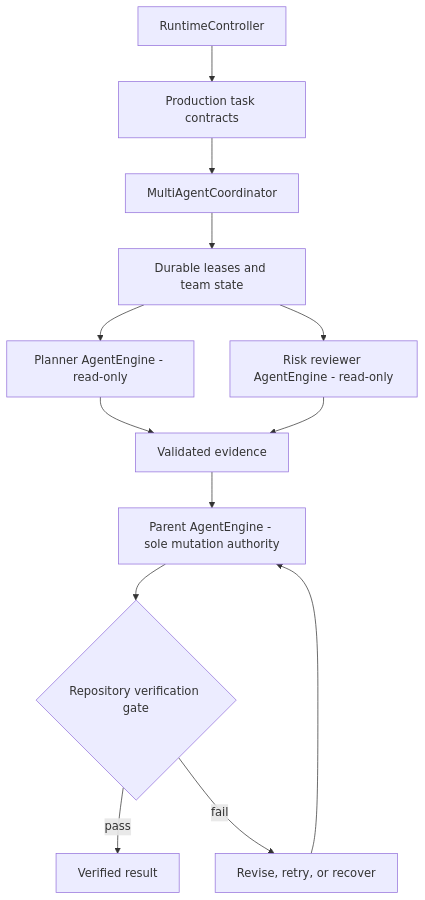
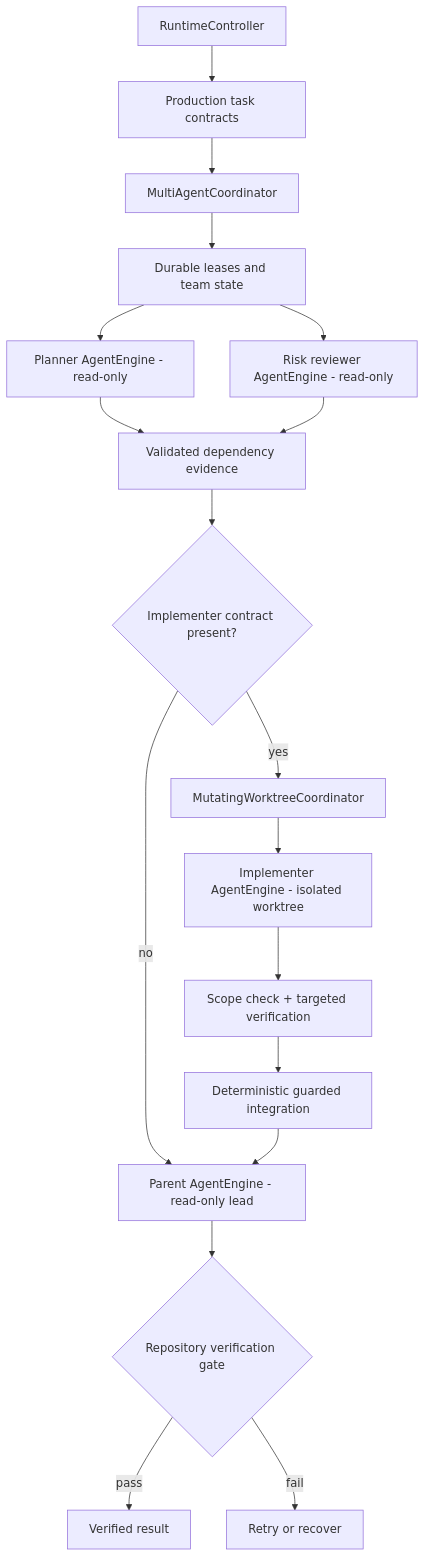
Before and after one commit to benclawbot/Medusa: the third of 5 diagrams in docs/ARCHITECTURE.md, drawn with Mermaid. The commit also changed other lines of this file and 23 other files, not shown here.

Commit message:
Run mutating implementers in isolated worktrees

````diff
--- a/docs/ARCHITECTURE.md
+++ b/docs/ARCHITECTURE.md
@@ -76,15 +81,20 @@
 ```mermaid
 flowchart TD
     C[RuntimeController] --> P[Production task contracts]
     P --> O[MultiAgentCoordinator]
     O --> L[Durable leases and team state]
     L --> A[Planner AgentEngine - read-only]
     L --> R[Risk reviewer AgentEngine - read-only]
-    A --> E[Validated evidence]
+    A --> E[Validated dependency evidence]
     R --> E
-    E --> Parent[Parent AgentEngine - sole mutation authority]
+    E --> Q{Implementer contract present?}
+    Q -->|yes| W[MutatingWorktreeCoordinator]
+    W --> I[Implementer AgentEngine - isolated worktree]
+    I --> S[Scope check + targeted verification]
+    S --> X[Deterministic guarded integration]
+    Q -->|no| Parent[Parent AgentEngine - read-only lead]
+    X --> Parent
     Parent --> G{Repository verification gate}
     G -->|pass| Done[Verified result]
-    G -->|fail| Fix[Revise, retry, or recover]
-    Fix --> Parent
+    G -->|fail| Fix[Retry or recover]
 ```
````
